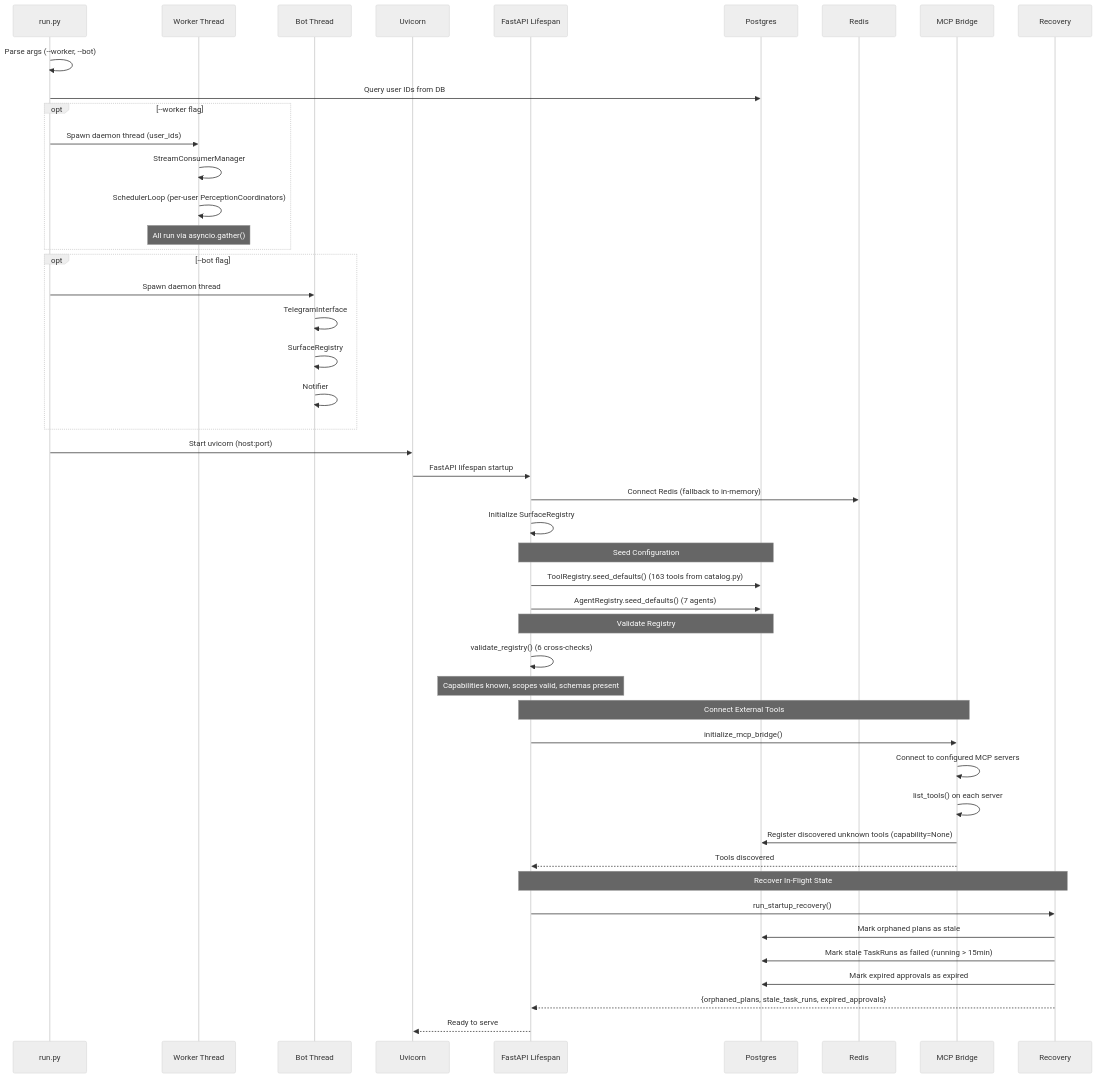
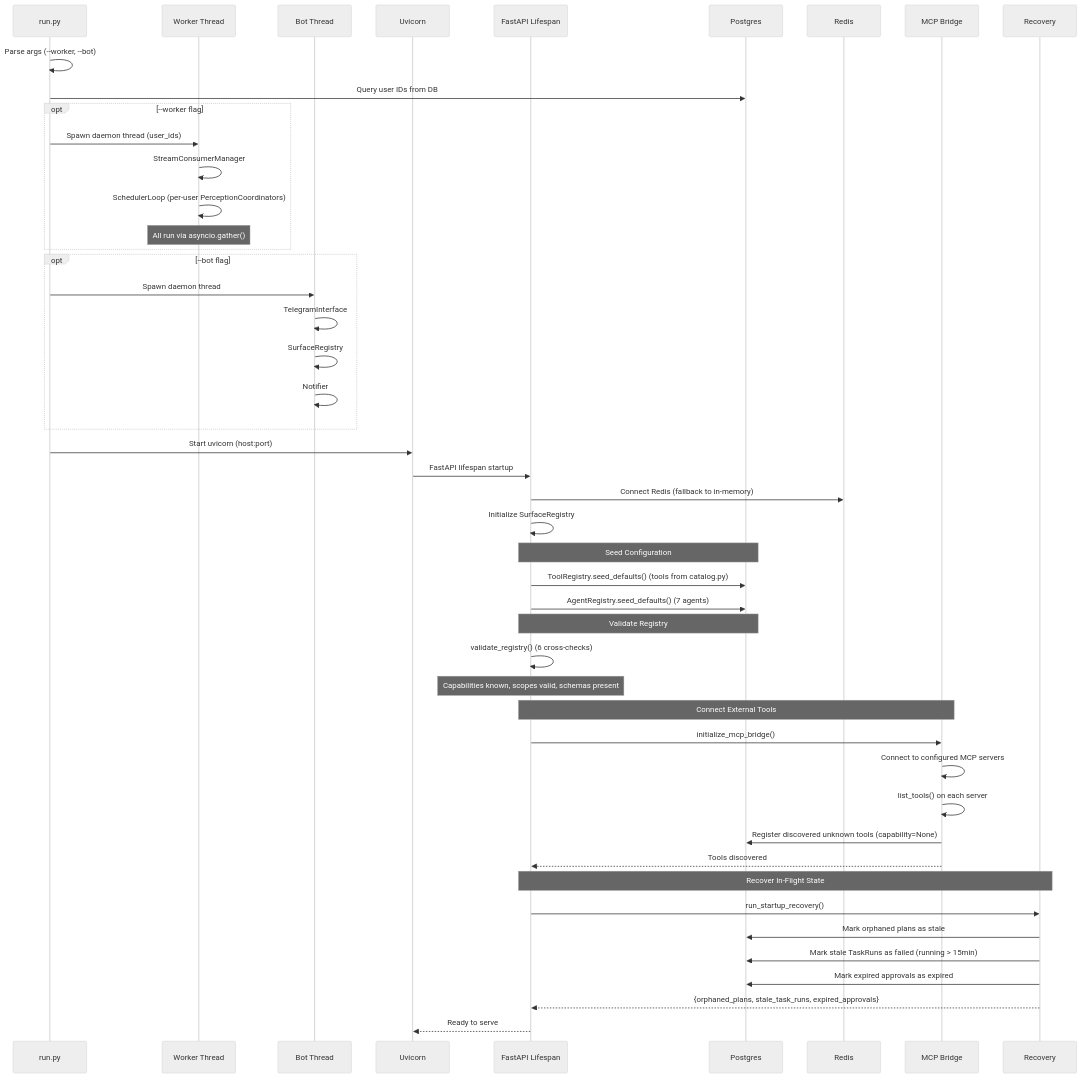
Before and after one commit to shivadharmi/muldro: the first of 3 diagrams in docs/architecture/startup.md, drawn with Mermaid (neutral theme). The commit also changed 13 other files, not shown here.

````diff
--- a/docs/architecture/startup.md
+++ b/docs/architecture/startup.md
@@ -5,59 +5,59 @@
 ```mermaid
 sequenceDiagram
     participant R as run.py
     participant W as Worker Thread
     participant B as Bot Thread
     participant UV as Uvicorn
     participant APP as FastAPI Lifespan
     participant DB as Postgres
     participant RD as Redis
     participant MCP as MCP Bridge
     participant REC as Recovery
 
     R->>R: Parse args (--worker, --bot)
     R->>DB: Query user IDs from DB
 
     opt --worker flag
         R->>W: Spawn daemon thread (user_ids)
         W->>W: StreamConsumerManager
         W->>W: SchedulerLoop (per-user PerceptionCoordinators)
         Note over W: All run via asyncio.gather()
     end
 
     opt --bot flag
         R->>B: Spawn daemon thread
         B->>B: TelegramInterface
         B->>B: SurfaceRegistry
         B->>B: Notifier
     end
 
     R->>UV: Start uvicorn (host:port)
     UV->>APP: FastAPI lifespan startup
 
     APP->>RD: Connect Redis (fallback to in-memory)
     APP->>APP: Initialize SurfaceRegistry
 
     Note over APP,DB: Seed Configuration
-    APP->>DB: ToolRegistry.seed_defaults() (163 tools from catalog.py)
+    APP->>DB: ToolRegistry.seed_defaults() (tools from catalog.py)
     APP->>DB: AgentRegistry.seed_defaults() (7 agents)
 
     Note over APP,DB: Validate Registry
     APP->>APP: validate_registry() (6 cross-checks)
     Note over APP: Capabilities known, scopes valid, schemas present
 
     Note over APP,MCP: Connect External Tools
     APP->>MCP: initialize_mcp_bridge()
     MCP->>MCP: Connect to configured MCP servers
     MCP->>MCP: list_tools() on each server
     MCP->>DB: Register discovered unknown tools (capability=None)
     MCP-->>APP: Tools discovered
 
     Note over APP,REC: Recover In-Flight State
     APP->>REC: run_startup_recovery()
     REC->>DB: Mark orphaned plans as stale
     REC->>DB: Mark stale TaskRuns as failed (running > 15min)
     REC->>DB: Mark expired approvals as expired
     REC-->>APP: {orphaned_plans, stale_task_runs, expired_approvals}
 
     APP-->>UV: Ready to serve
 ```
````
